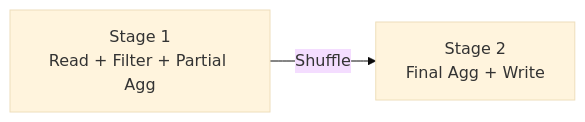
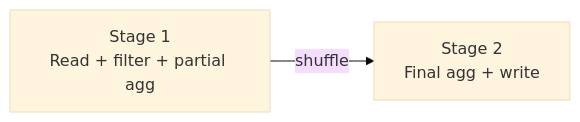
One commit to sanketn26/data-engineering changed the first of 2 diagrams in docs/foundations/distributed-execution.md. Above: the diagram before and after it, drawn with Mermaid (base theme). The commit also changed other lines of this file and 107 other files, not shown here.

````diff
--- a/docs/foundations/distributed-execution.md
+++ b/docs/foundations/distributed-execution.md
@@ -38,4 +59,4 @@
 ```mermaid
 graph LR
-    S1["Stage 1\nRead + Filter + Partial Agg"] --> |Shuffle| S2["Stage 2\nFinal Agg + Write"]
+    S1["Stage 1<br/>Read + filter + partial agg"] -->|"shuffle"| S2["Stage 2<br/>Final agg + write"]
 ```
````
